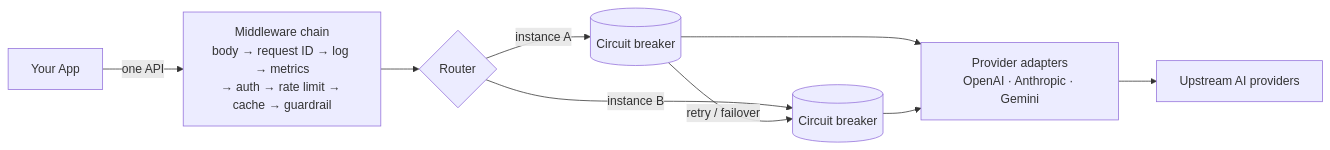
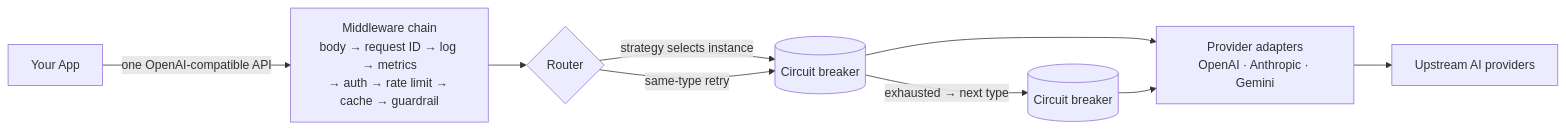
Before and after one commit to Jai-Keshav-Sharma/gatewai: the third of 4 diagrams in README.md, drawn with Mermaid. The commit also changed other lines of this file, not shown here.

Commit message:
docs: full open-source README with badges, TOC, install paths, roadmap, contributing, license

````diff
--- a/README.md
+++ b/README.md
@@ -70,11 +217,11 @@
 ```mermaid
 flowchart LR
-    A[Your App] -->|one API| MW[Middleware chain<br/>body → request ID → log → metrics<br/>→ auth → rate limit → cache → guardrail]
+    A[Your App] -->|one OpenAI-compatible API| MW[Middleware chain<br/>body → request ID → log → metrics<br/>→ auth → rate limit → cache → guardrail]
     MW --> R{Router}
-    R -->|instance A| CB1[(Circuit breaker)]
-    R -->|instance B| CB2[(Circuit breaker)]
-    CB1 -->|retry / failover| CB2
+    R -->|strategy selects instance| CB1[(Circuit breaker)]
+    R -->|same-type retry| CB1
+    CB1 -->|exhausted → next type| CB2[(Circuit breaker)]
     CB1 --> AD[Provider adapters<br/>OpenAI · Anthropic · Gemini]
     CB2 --> AD
     AD --> U1[Upstream AI providers]
 ```
````
